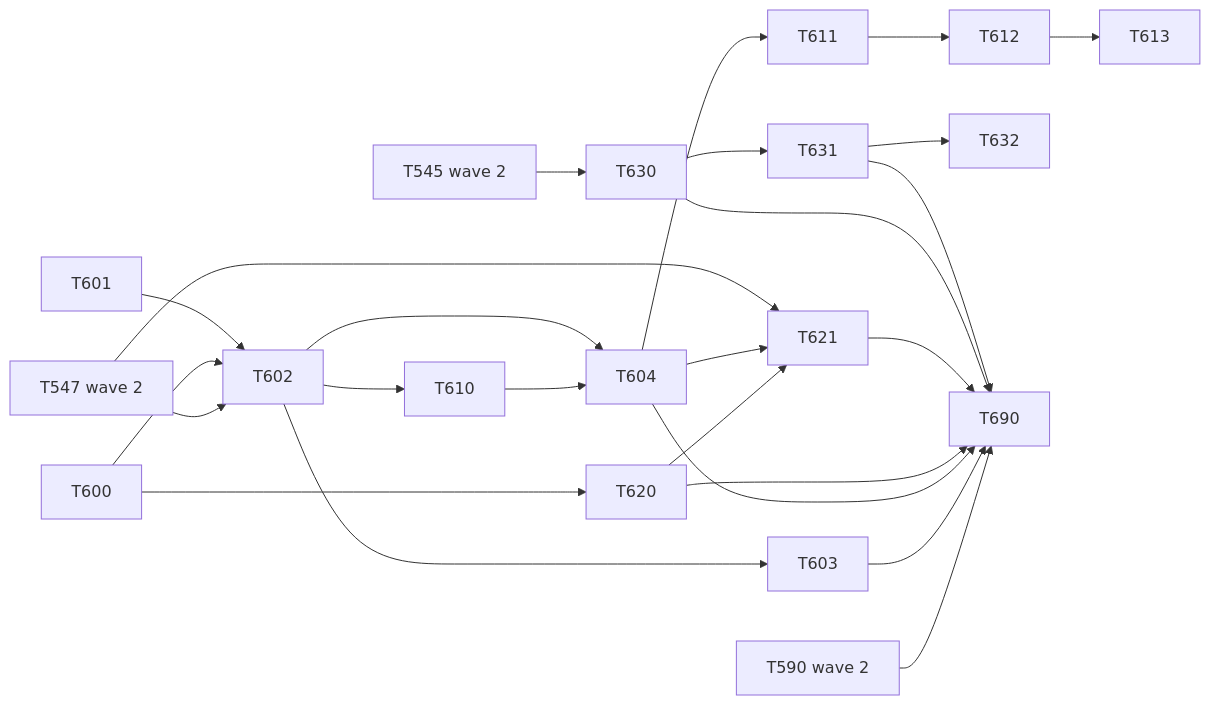
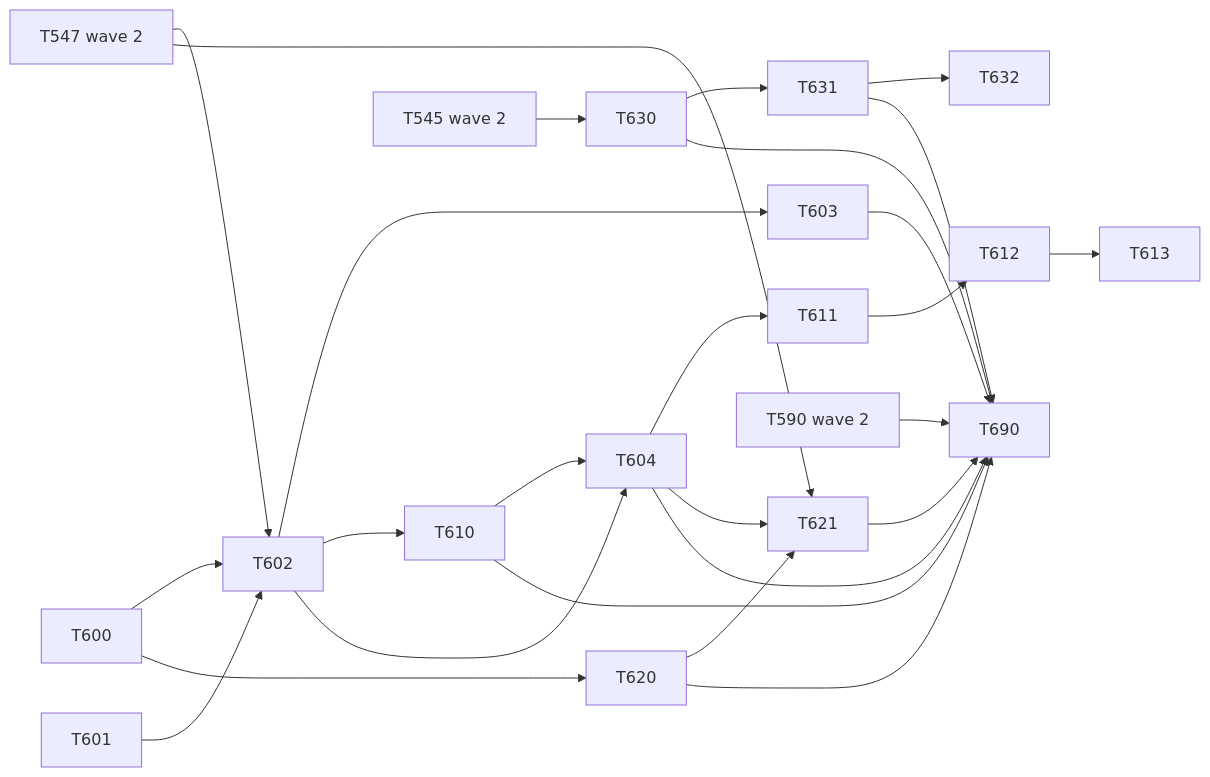
One commit to kvelev/bee-with-me changed the diagram in docs/superpowers/plans/2026-11-11-vs-wave3-overview.md. Above: the diagram before and after it, drawn with Mermaid. The commit also changed other lines of this file and 4 other files, not shown here.

````diff
--- a/docs/superpowers/plans/2026-11-11-vs-wave3-overview.md
+++ b/docs/superpowers/plans/2026-11-11-vs-wave3-overview.md
@@ -46,16 +46,16 @@
 ```mermaid
 flowchart LR
     T547[T547 wave 2] --> T602
     T600 --> T602
     T601 --> T602
     T602 --> T603
     T602 --> T610 --> T604
     T602 --> T604
     T604 --> T611 --> T612 --> T613
     T600 --> T620 --> T621
     T604 --> T621
     T547 --> T621
     T545[T545 wave 2] --> T630 --> T631 --> T632
     T590[T590 wave 2] --> T690
-    T603 & T604 & T620 & T621 & T630 & T631 --> T690
+    T603 & T604 & T610 & T620 & T621 & T630 & T631 --> T690
 ```
````
